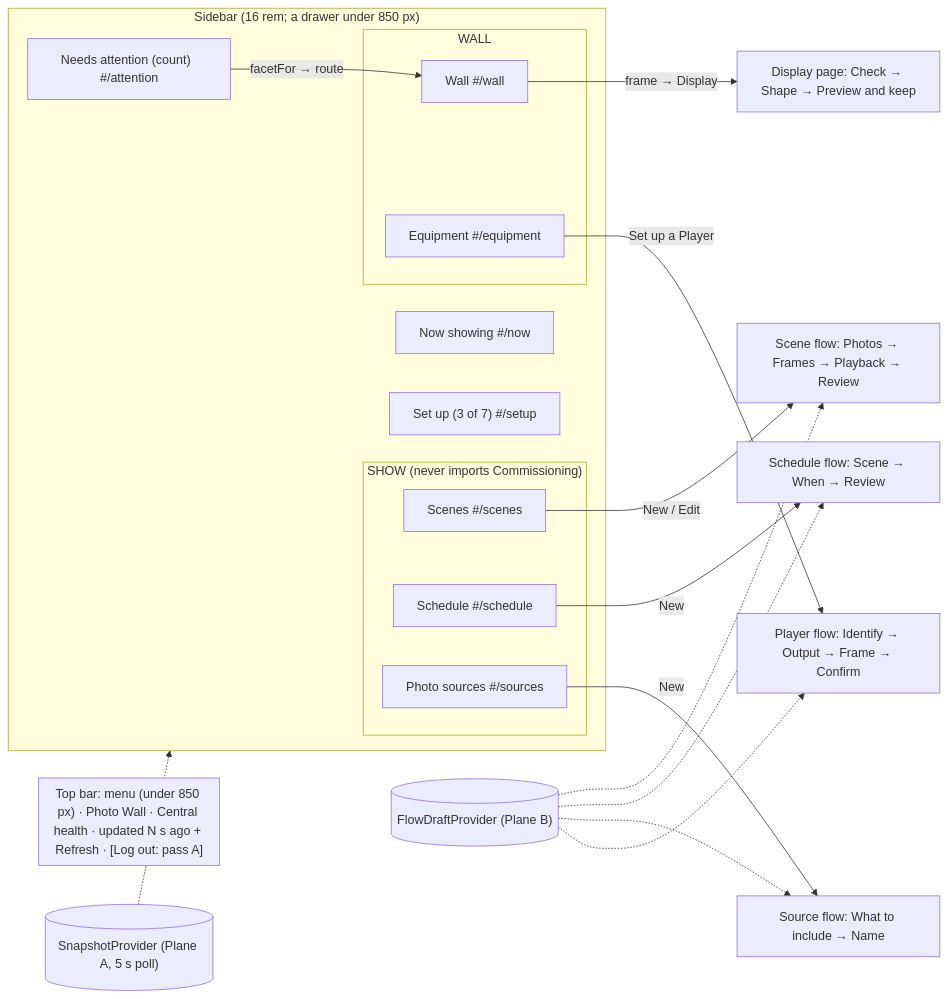
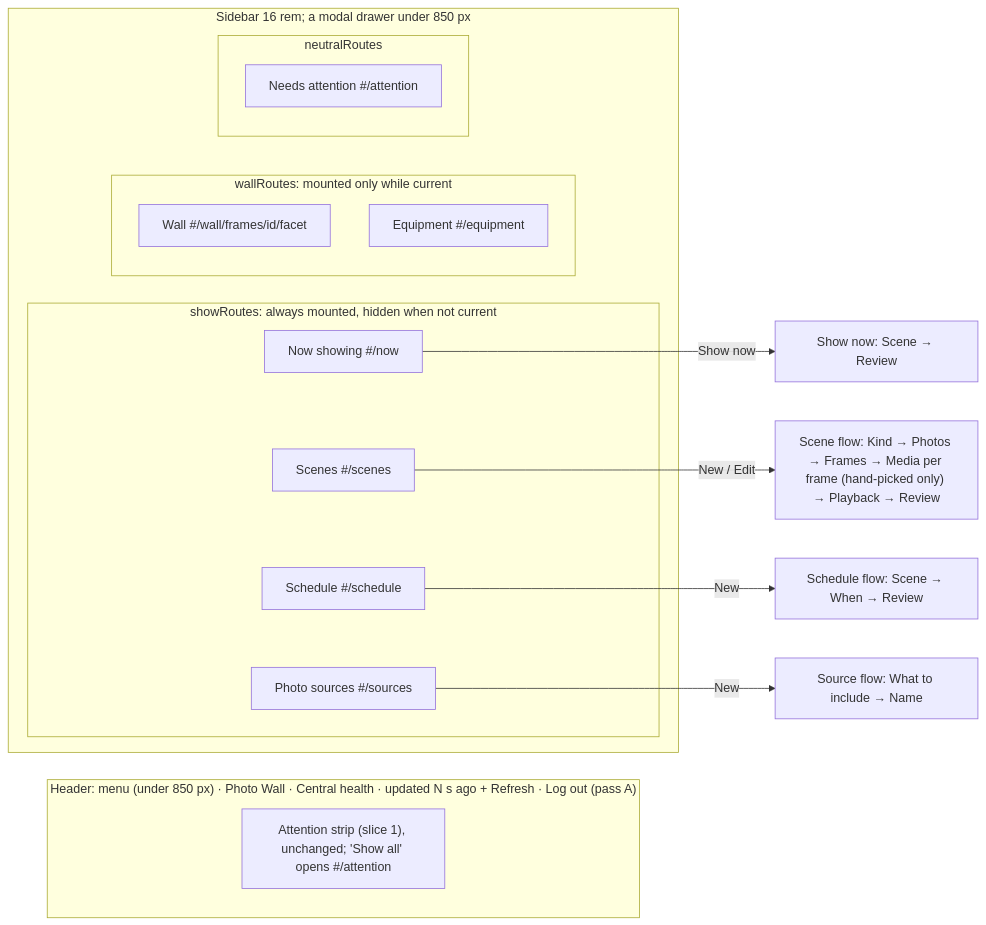
The first of 2 diagrams in docs/operator-console-ux-pass2-flow.md (mcurcio/photo-wall), drawn with Mermaid before and after one commit. The commit also changed other lines of this file and 2 other files, not shown here.

Commit message:
docs(console): pass C+D design (reviewed) and pass B design draft for the next session

````diff
--- a/docs/operator-console-ux-pass2-flow.md
+++ b/docs/operator-console-ux-pass2-flow.md
@@ -32,27 +32,25 @@
 ```mermaid
 flowchart LR
-  subgraph TOP["Top bar: menu (under 850 px) · Photo Wall · Central health · updated N s ago + Refresh · [Log out: pass A]"]
+  subgraph HDR["Header: menu (under 850 px) · Photo Wall · Central health · updated N s ago + Refresh · Log out (pass A)"]
+    STRIP["Attention strip (slice 1), unchanged; 'Show all' opens #/attention"]
   end
-  subgraph NAV["Sidebar (16 rem; a drawer under 850 px)"]
-    NOW["Now showing  #/now"]
-    ATT["Needs attention (count)  #/attention"]
-    subgraph SHOW["SHOW (never imports Commissioning)"]
-      SC["Scenes  #/scenes"]
-      SCH["Schedule  #/schedule"]
-      SRC["Photo sources  #/sources"]
+  subgraph NAV["Sidebar 16 rem; a modal drawer under 850 px"]
+    subgraph SHOW["showRoutes: always mounted, hidden when not current"]
+      NOW["Now showing #/now"]
+      SC["Scenes #/scenes"]
+      SCH["Schedule #/schedule"]
+      SRC["Photo sources #/sources"]
     end
-    subgraph WALL["WALL"]
-      PLAN["Wall  #/wall"]
-      EQ["Equipment  #/equipment"]
+    subgraph WALL["wallRoutes: mounted only while current"]
+      PLAN["Wall #/wall/frames/id/facet"]
+      EQ["Equipment #/equipment"]
     end
-    SET["Set up (3 of 7)  #/setup"]
+    subgraph NEU["neutralRoutes"]
+      ATT["Needs attention #/attention"]
+    end
   end
-  SC -->|"New / Edit"| F1["Scene flow: Photos → Frames → Playback → Review"]
-  SCH -->|"New"| F2["Schedule flow: Scene → When → Review"]
-  SRC -->|"New"| F3["Source flow: What to include → Name"]
-  EQ -->|"Set up a Player"| F4["Player flow: Identify → Output → Frame → Confirm"]
-  PLAN -->|"frame → Display"| F5["Display page: Check → Shape → Preview and keep"]
-  ATT -->|"facetFor → route"| PLAN
-  DP[("FlowDraftProvider (Plane B)")] -.-> F1 & F2 & F3 & F4
-  SP[("SnapshotProvider (Plane A, 5 s poll)")] -.-> NAV
+  SC -->|"New / Edit"| F1["Scene flow: Kind → Photos → Frames → Media per frame (hand-picked only) → Playback → Review"]
+  SRC -->|New| F3["Source flow: What to include → Name"]
+  SCH -->|New| F4["Schedule flow: Scene → When → Review"]
+  NOW -->|"Show now"| F5["Show now: Scene → Review"]
 ```
````
